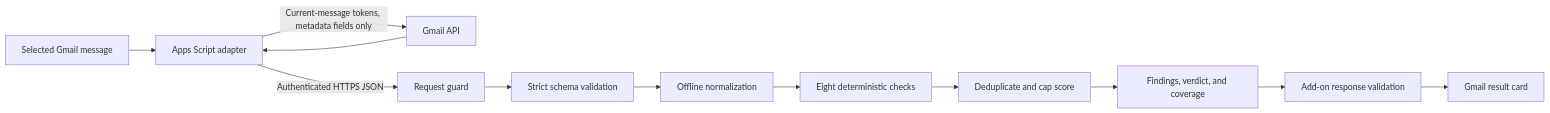
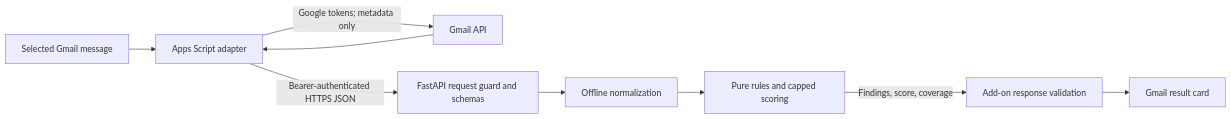
One commit to ShaharMaaravi/upwind-mail-guard changed the diagram in README.md. Above: the diagram before and after it, drawn with Mermaid. The commit also changed other lines of this file and 1 other file, not shown here.

````diff
--- a/README.md
+++ b/README.md
@@ -91,14 +231,11 @@
 ```mermaid
 flowchart LR
     G[Selected Gmail message] --> A[Apps Script adapter]
-    A -->|Current-message tokens, metadata fields only| M[Gmail API]
+    A -->|Google tokens; metadata only| M[Gmail API]
     M --> A
-    A -->|Authenticated HTTPS JSON| B[Request guard]
-    B --> V[Strict schema validation]
-    V --> N[Offline normalization]
-    N --> R[Eight deterministic checks]
-    R --> S[Deduplicate and cap score]
-    S --> U[Findings, verdict, and coverage]
-    U --> X[Add-on response validation]
-    X --> C[Gmail result card]
+    A -->|Bearer-authenticated HTTPS JSON| B[FastAPI request guard and schemas]
+    B --> N[Offline normalization]
+    N --> R[Pure rules and capped scoring]
+    R -->|Findings, score, coverage| V[Add-on response validation]
+    V --> C[Gmail result card]
 ```
````
